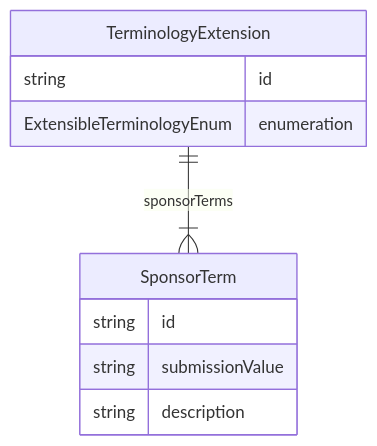
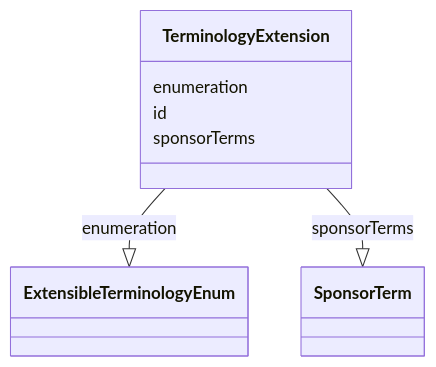
One commit to cdisc-org/analysis-results-standard changed the diagram in project/docs/TerminologyExtension.md. Above: the diagram before and after it, drawn with Mermaid. The commit also changed 256 other files, not shown here.

Commit message:
Documentation diagrams

````diff
--- a/project/docs/TerminologyExtension.md
+++ b/project/docs/TerminologyExtension.md
@@ -13,15 +15,15 @@
 ```mermaid
-erDiagram
-TerminologyExtension {
-    string id  
-    ExtensibleTerminologyEnum enumeration  
-}
-SponsorTerm {
-    string id  
-    string submissionValue  
-    string description  
-}
-
-TerminologyExtension ||--}| SponsorTerm : "sponsorTerms"
-
+ classDiagram
+    class TerminologyExtension
+      TerminologyExtension : enumeration
+        
+          TerminologyExtension --|> ExtensibleTerminologyEnum : enumeration
+        
+      TerminologyExtension : id
+        
+      TerminologyExtension : sponsorTerms
+        
+          TerminologyExtension --|> SponsorTerm : sponsorTerms
+        
+      
 ```
````
